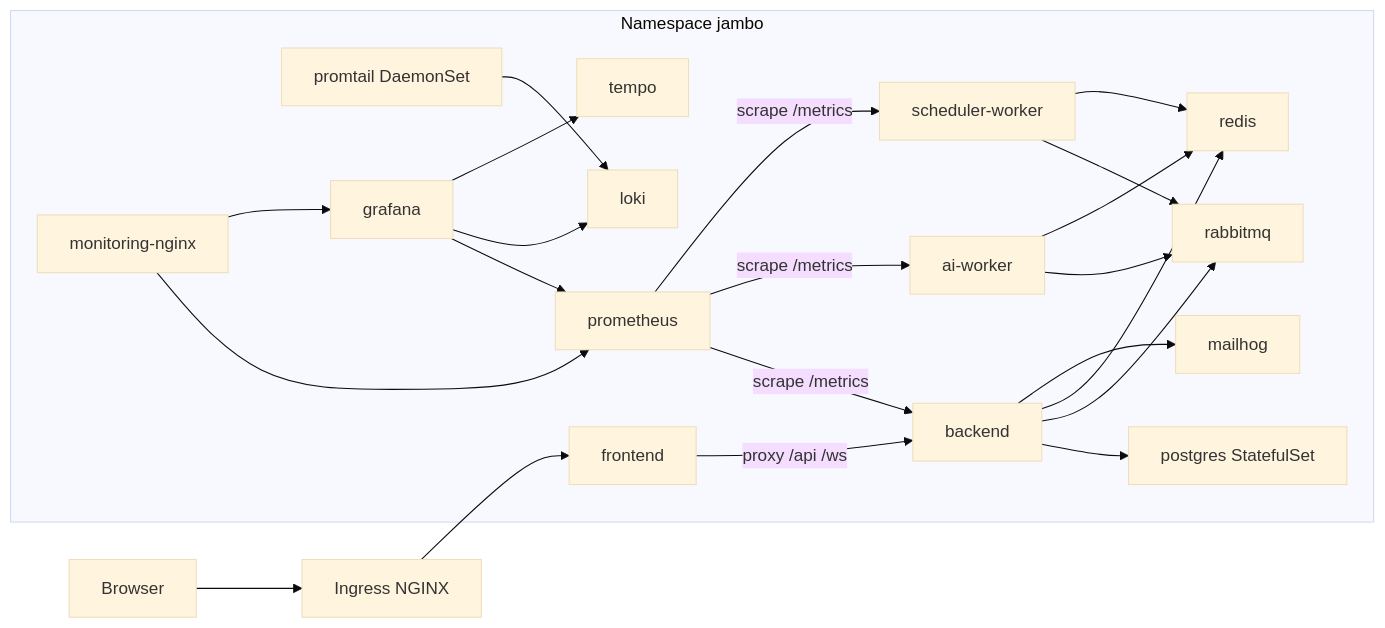
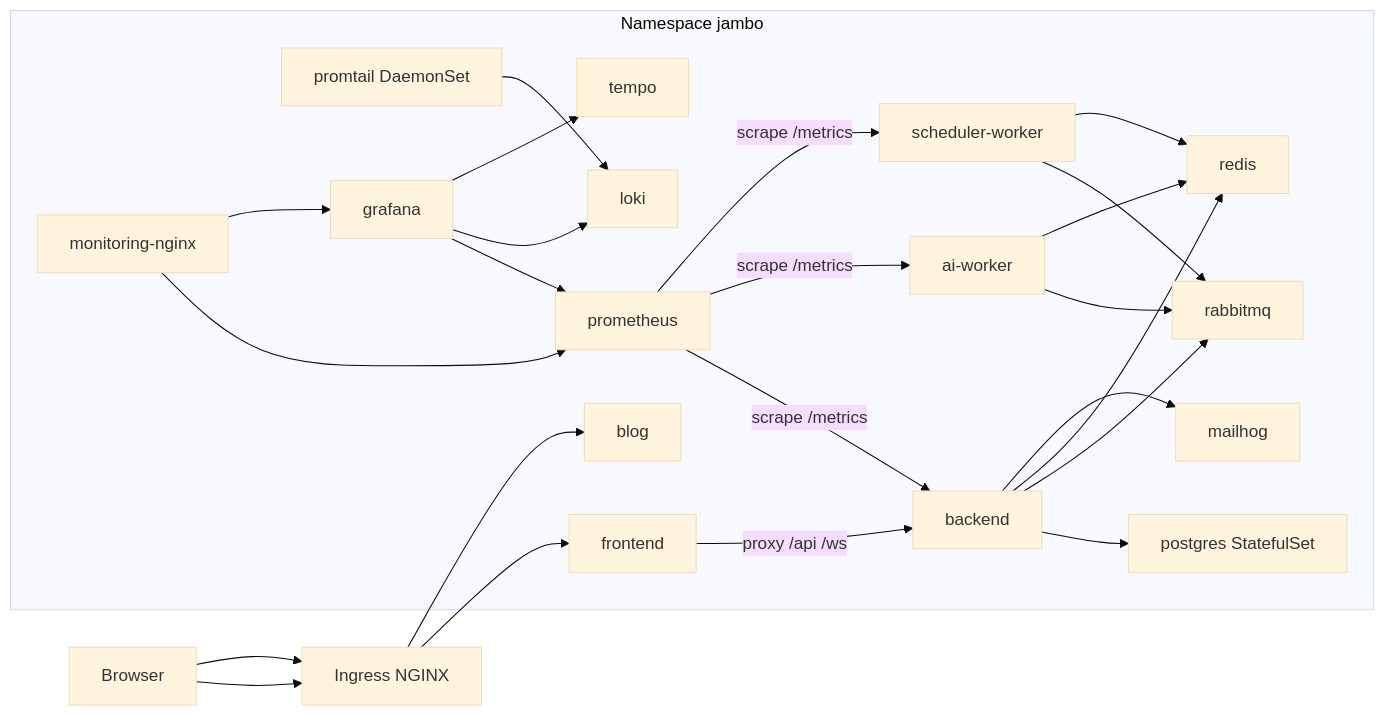
One commit to jtombiamba/rust_jambo changed the diagram in docs/DEPLOYMENT.md. Above: the diagram before and after it, drawn with Mermaid (base theme). The commit also changed other lines of this file and 32 other files, not shown here.

````diff
--- a/docs/DEPLOYMENT.md
+++ b/docs/DEPLOYMENT.md
@@ -26,39 +26,41 @@
 ```mermaid
 flowchart LR
     subgraph Namespace jambo
         PG[postgres StatefulSet]
         RQ[rabbitmq]
         RD[redis]
         MH[mailhog]
         BE[backend]
         FE[frontend]
+        BLOG[blog]
         AI[ai-worker]
         SW[scheduler-worker]
         LOKI[loki]
         PT[promtail DaemonSet]
         TEMPO[tempo]
         GRA[grafana]
         PRO[prometheus]
         MON[monitoring-nginx]
     end
     ING[Ingress NGINX]
     USER[Browser] --> ING --> FE
+    USER --> ING --> BLOG
     FE -->|proxy /api /ws| BE
     BE --> PG
     BE --> RQ
     BE --> RD
     AI --> RQ
     AI --> RD
     SW --> RQ
     SW --> RD
     BE --> MH
     PRO -->|scrape /metrics| BE
     PRO -->|scrape /metrics| AI
     PRO -->|scrape /metrics| SW
     GRA --> PRO
     GRA --> LOKI
     GRA --> TEMPO
     MON --> PRO
     MON --> GRA
     PT --> LOKI
 ```
````
